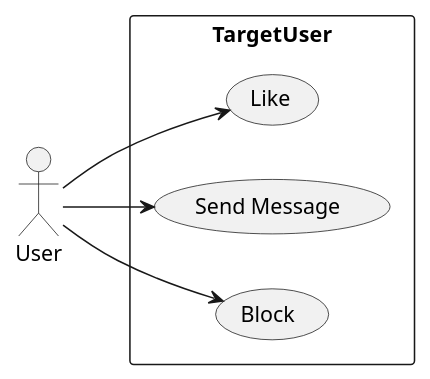
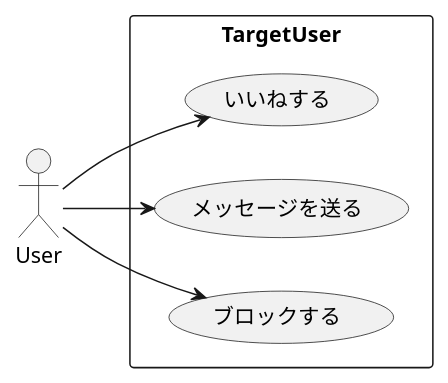
The diagram in documents/usercase_graph.pu (pistachio1000g/DDDWithTypeScript), drawn with PlantUML before and after one commit. The commit also changed 6 other files, not shown here.

Commit message:
uml図を更新

```diff
--- a/documents/usercase_graph.pu
+++ b/documents/usercase_graph.pu
@@ -1,12 +1,12 @@
 @startuml
 left to right direction
 actor "User" as User
 rectangle TargetUser{
-    usecase "Like" as Like
-    usecase "Send Message" as SendMessage
-    usecase "Block" as Block
+    usecase "いいねする" as Like
+    usecase "メッセージを送る" as SendMessage
+    usecase "ブロックする" as Block
 }
 User --> Like
 User --> SendMessage
 User --> Block
 @enduml
```
